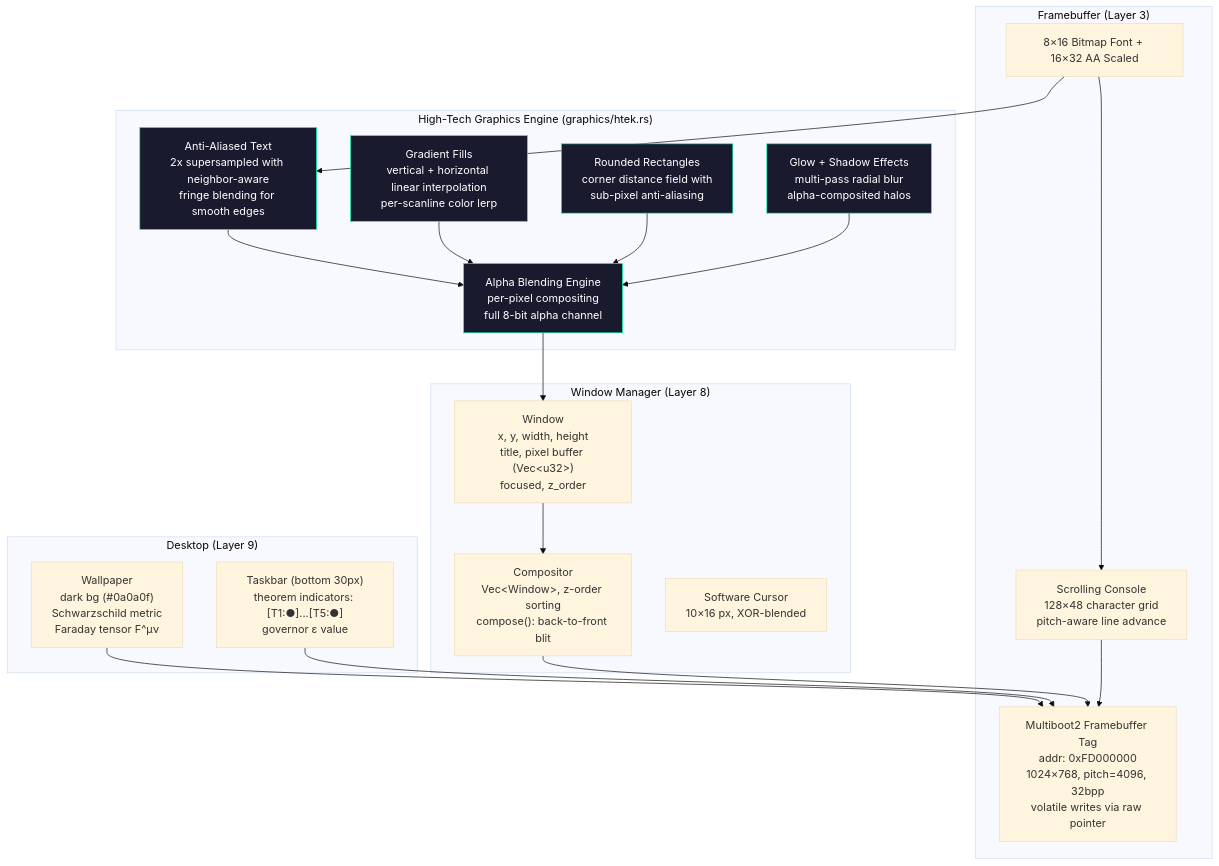
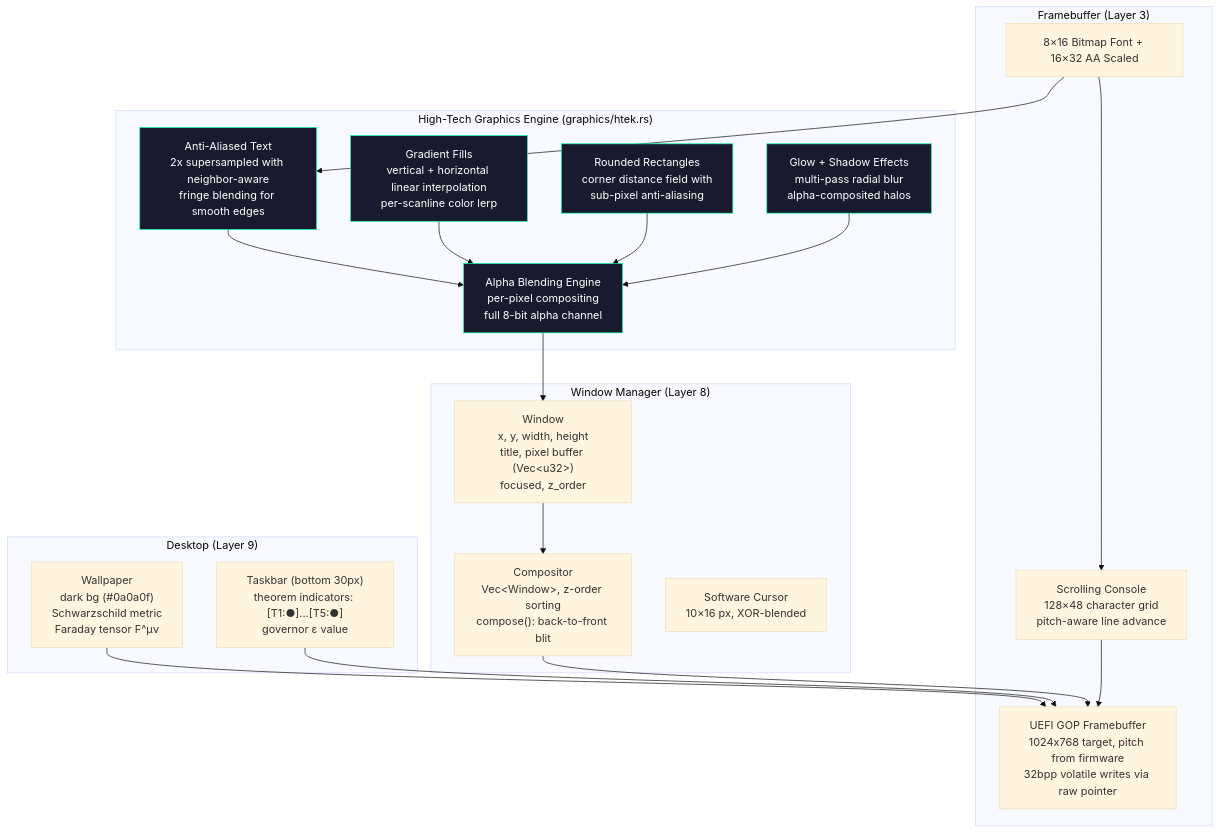
Before and after one commit to teerthsharma/Epsilon-Hollow: the tenth of 18 diagrams in README.md, drawn with Mermaid (base theme). The commit also changed other lines of this file and 295 other files, not shown here.

````diff
--- a/README.md
+++ b/README.md
@@ -809,43 +824,43 @@
 ```mermaid
 graph TD
     subgraph "Framebuffer (Layer 3)"
-        FB["Multiboot2 Framebuffer Tag<br/>addr: 0xFD000000<br/>1024×768, pitch=4096, 32bpp<br/>volatile writes via raw pointer"]
+        FB["UEFI GOP Framebuffer<br/>1024x768 target, pitch from firmware<br/>32bpp volatile writes via raw pointer"]
         FONT["8×16 Bitmap Font + 16×32 AA Scaled"]
         CONSOLE["Scrolling Console<br/>128×48 character grid<br/>pitch-aware line advance"]
     end
 
     subgraph "High-Tech Graphics Engine (graphics/htek.rs)"
         HTEK_AA["Anti-Aliased Text<br/>2x supersampled with neighbor-aware<br/>fringe blending for smooth edges"]
         HTEK_GRAD["Gradient Fills<br/>vertical + horizontal linear interpolation<br/>per-scanline color lerp"]
         HTEK_ROUND["Rounded Rectangles<br/>corner distance field with<br/>sub-pixel anti-aliasing"]
         HTEK_GLOW["Glow + Shadow Effects<br/>multi-pass radial blur<br/>alpha-composited halos"]
         HTEK_BLEND["Alpha Blending Engine<br/>per-pixel compositing<br/>full 8-bit alpha channel"]
     end
 
     subgraph "Window Manager (Layer 8)"
         COMPOSITOR["Compositor<br/>Vec&lt;Window&gt;, z-order sorting<br/>compose(): back-to-front blit"]
         WINDOW["Window<br/>x, y, width, height<br/>title, pixel buffer (Vec&lt;u32&gt;)<br/>focused, z_order"]
         CURSOR["Software Cursor<br/>10×16 px, XOR-blended"]
     end
 
     subgraph "Desktop (Layer 9)"
         WALLPAPER["Wallpaper<br/>dark bg (#0a0a0f)<br/>Schwarzschild metric<br/>Faraday tensor F^μν"]
         TASKBAR["Taskbar (bottom 30px)<br/>theorem indicators: [T1:●]...[T5:●]<br/>governor ε value"]
     end
 
     WALLPAPER --> FB
     TASKBAR --> FB
     COMPOSITOR --> FB
     WINDOW --> COMPOSITOR
     HTEK_AA & HTEK_GRAD & HTEK_ROUND & HTEK_GLOW --> HTEK_BLEND
     HTEK_BLEND --> WINDOW
     FONT --> HTEK_AA
     FONT --> CONSOLE
     CONSOLE --> FB
 
     style HTEK_AA fill:#1a1a2e,stroke:#00ffaa,color:#fff
     style HTEK_GRAD fill:#1a1a2e,stroke:#00ffaa,color:#fff
     style HTEK_ROUND fill:#1a1a2e,stroke:#00ffaa,color:#fff
     style HTEK_GLOW fill:#1a1a2e,stroke:#00ffaa,color:#fff
     style HTEK_BLEND fill:#1a1a2e,stroke:#00ffaa,color:#fff
 ```
````
